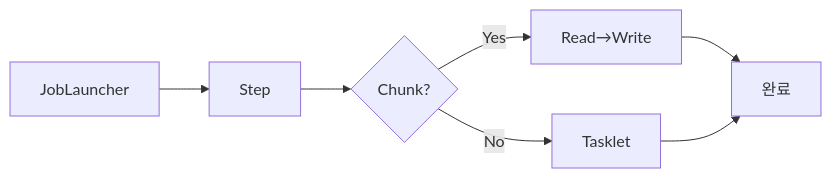
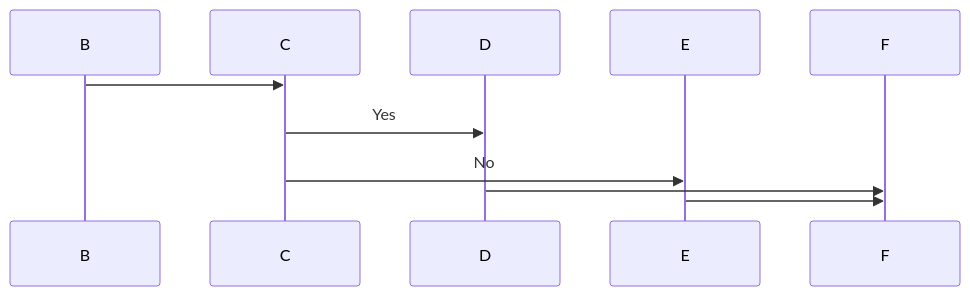
The sixth of 6 diagrams in _posts/spring/2026-05-02-spring-batch-deep.md (yjkim2015/yjkim2015.github.io), drawn with Mermaid before and after one commit. The commit also changed 89 other files, not shown here.

First line of the commit message:
복잡한 flowchart 163개 → sequenceDiagram 변환 (90파일)

````diff
--- a/_posts/spring/2026-05-02-spring-batch-deep.md
+++ b/_posts/spring/2026-05-02-spring-batch-deep.md
@@ -671,8 +671,8 @@
 ```mermaid
-graph LR
-    A[JobLauncher] --> B[Step]
-    B --> C{Chunk?}
-    C -->|Yes| D[Read→Write]
-    C -->|No| E[Tasklet]
-    D & E --> F[완료]
+sequenceDiagram
+    B->>C: 
+    C->>D: Yes
+    C->>E: No
+    D->>F: 
+    E->>F: 
 ```
````
